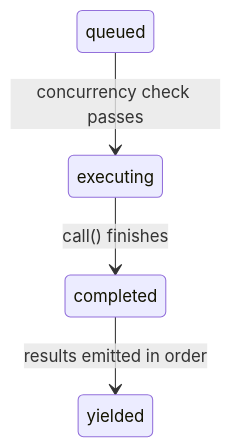
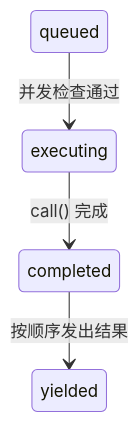
The second of 2 diagrams in book-zh/ch07-concurrency.md (quanuanc/claude-code-from-source), drawn with Mermaid before and after one commit. The commit also changed other lines of this file and 1 other file, not shown here.

````diff
--- a/book-zh/ch07-concurrency.md
+++ b/book-zh/ch07-concurrency.md
@@ -180,6 +173,6 @@
 ```mermaid
 stateDiagram-v2
-    queued --> executing: concurrency check passes
-    executing --> completed: call() finishes
-    completed --> yielded: results emitted in order
+    queued --> executing: 并发检查通过
+    executing --> completed: call() 完成
+    completed --> yielded: 按顺序发出结果
 ```
````
